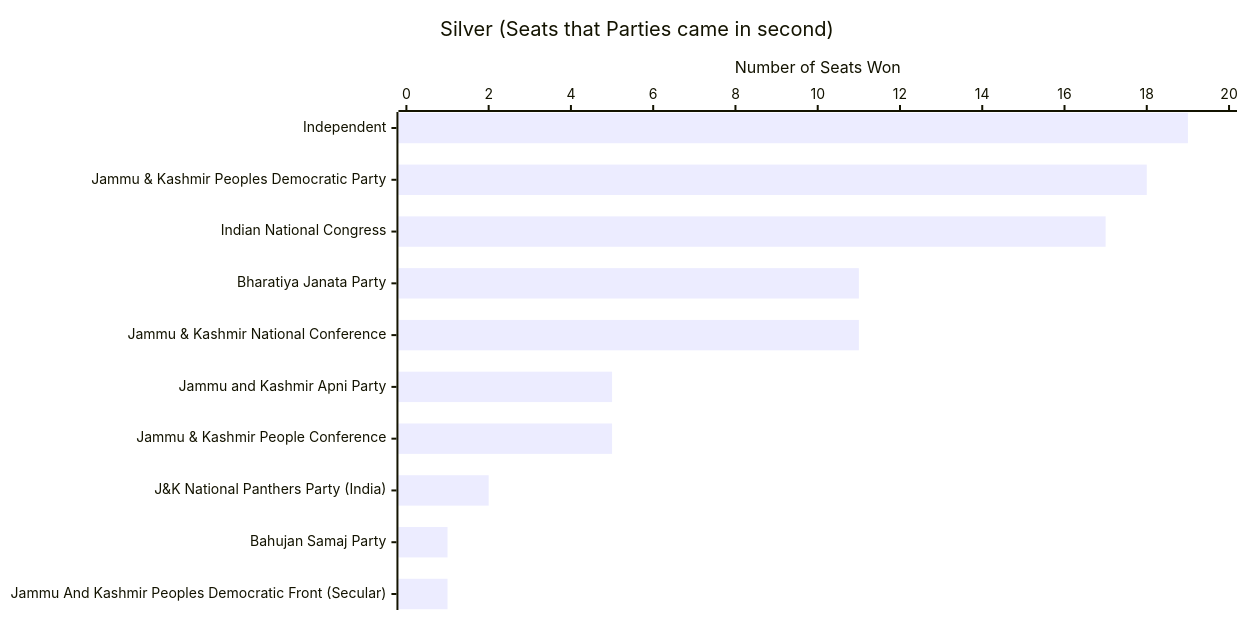
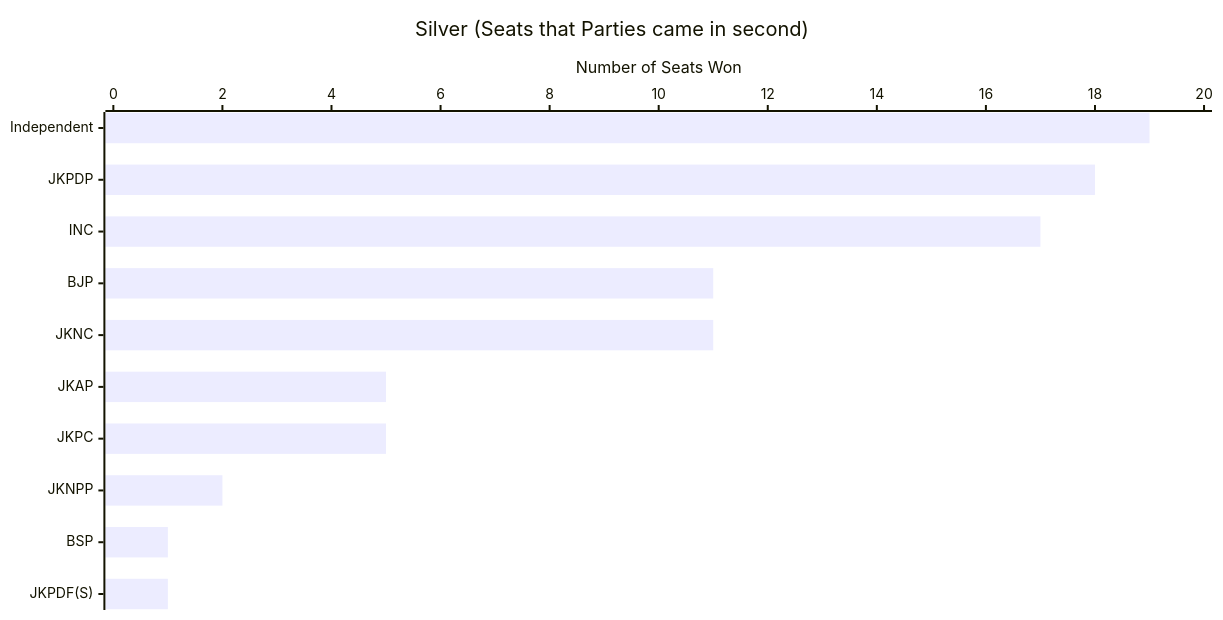
Before and after one commit to arjunswaj/elections: diagram 17 of 19 in J&K-GRAPH.md, drawn with Mermaid. The commit also changed other lines of this file, not shown here.

Commit message:
Update the graph titles

````diff
--- a/J&K-GRAPH.md
+++ b/J&K-GRAPH.md
@@ -329,14 +329,14 @@
 ```mermaid
 ---
 config:
     xyChart:
         width: 1200
         height: 600
         chartOrientation: horizontal
 ---
 xychart-beta
     title "Silver (Seats that Parties came in second)"
-    x-axis ["Independent", "Jammu & Kashmir Peoples Democratic Party", "Indian National Congress", "Bharatiya Janata Party", "Jammu & Kashmir National Conference", "Jammu and Kashmir Apni Party", "Jammu & Kashmir People Conference", "J&K National Panthers Party (India)", "Bahujan Samaj Party", "Jammu And Kashmir Peoples Democratic Front (Secular)"]
+    x-axis ["Independent", "JKPDP", "INC", "BJP", "JKNC", "JKAP", "JKPC", "JKNPP", "BSP", "JKPDF(S)"]
     y-axis "Number of Seats Won" 0 --> 20
     bar [19, 18, 17, 11, 11, 5, 5, 2, 1, 1]
 ```
````
